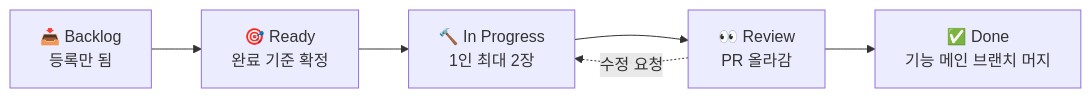
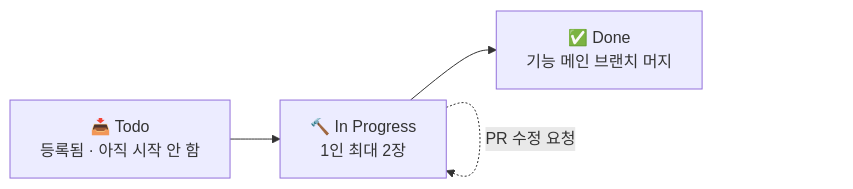
Before and after one commit to logan0741/Univ-Us_AI: the fourth of 4 diagrams in docs/DEV_PLAN.md, drawn with Mermaid. The commit also changed other lines of this file and 1 other file, not shown here.

````diff
--- a/docs/DEV_PLAN.md
+++ b/docs/DEV_PLAN.md
@@ -265,8 +267,6 @@
 ```mermaid
 flowchart LR
-    A["📥 Backlog<br/>등록만 됨"] --> B["🎯 Ready<br/>완료 기준 확정"]
-    B --> C["🔨 In Progress<br/>1인 최대 2장"]
-    C --> D["👀 Review<br/>PR 올라감"]
-    D --> E["✅ Done<br/>기능 메인 브랜치 머지"]
-    D -.수정 요청.-> C
+    A["📥 Todo<br/>등록됨 · 아직 시작 안 함"] --> B["🔨 In Progress<br/>1인 최대 2장"]
+    B --> C["✅ Done<br/>기능 메인 브랜치 머지"]
+    B -.PR 수정 요청.-> B
 ```
````
